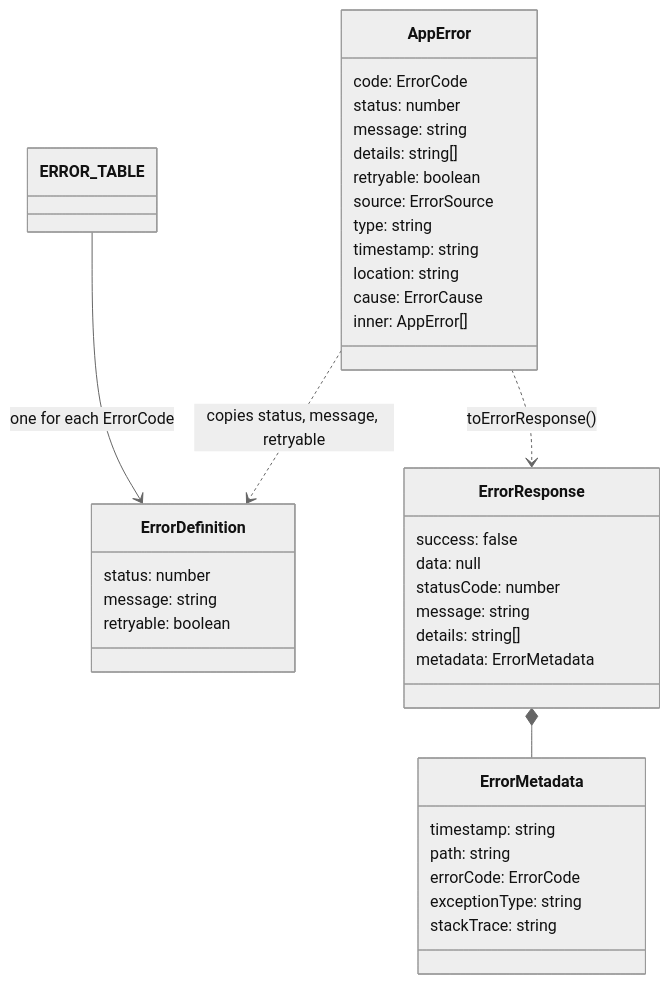
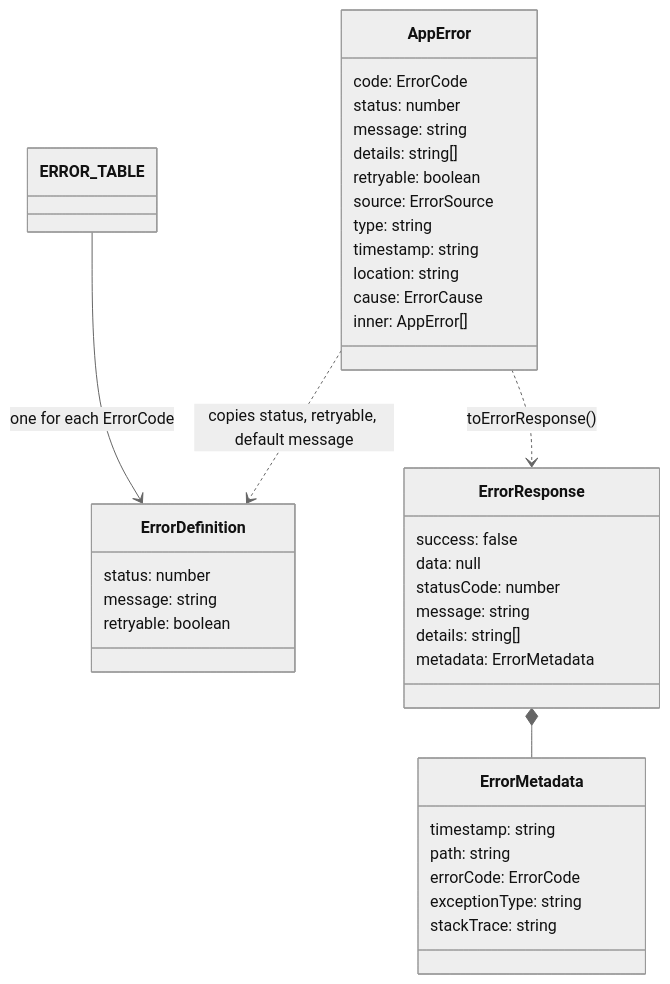
The second of 6 diagrams in docs/error-handling-improvements.md (CyberBrainiac/job-search-automation-tool), drawn with Mermaid (neutral theme) before and after one commit. The commit also changed other lines of this file, not shown here.

First line of the commit message:
docs(root): keep the real error message in AppError and the response

````diff
--- a/docs/error-handling-improvements.md
+++ b/docs/error-handling-improvements.md
@@ -71,40 +71,40 @@
 ```mermaid
 classDiagram
   class ErrorDefinition {
     status: number
     message: string
     retryable: boolean
   }
   class AppError {
     code: ErrorCode
     status: number
     message: string
     details: string[]
     retryable: boolean
     source: ErrorSource
     type: string
     timestamp: string
     location: string
     cause: ErrorCause
     inner: AppError[]
   }
   class ErrorResponse {
     success: false
     data: null
     statusCode: number
     message: string
     details: string[]
     metadata: ErrorMetadata
   }
   class ErrorMetadata {
     timestamp: string
     path: string
     errorCode: ErrorCode
     exceptionType: string
     stackTrace: string
   }
   ERROR_TABLE --> ErrorDefinition : one for each ErrorCode
-  AppError ..> ErrorDefinition : copies status, message, retryable
+  AppError ..> ErrorDefinition : copies status, retryable, default message
   AppError ..> ErrorResponse : toErrorResponse()
   ErrorResponse *-- ErrorMetadata
 ```
````
